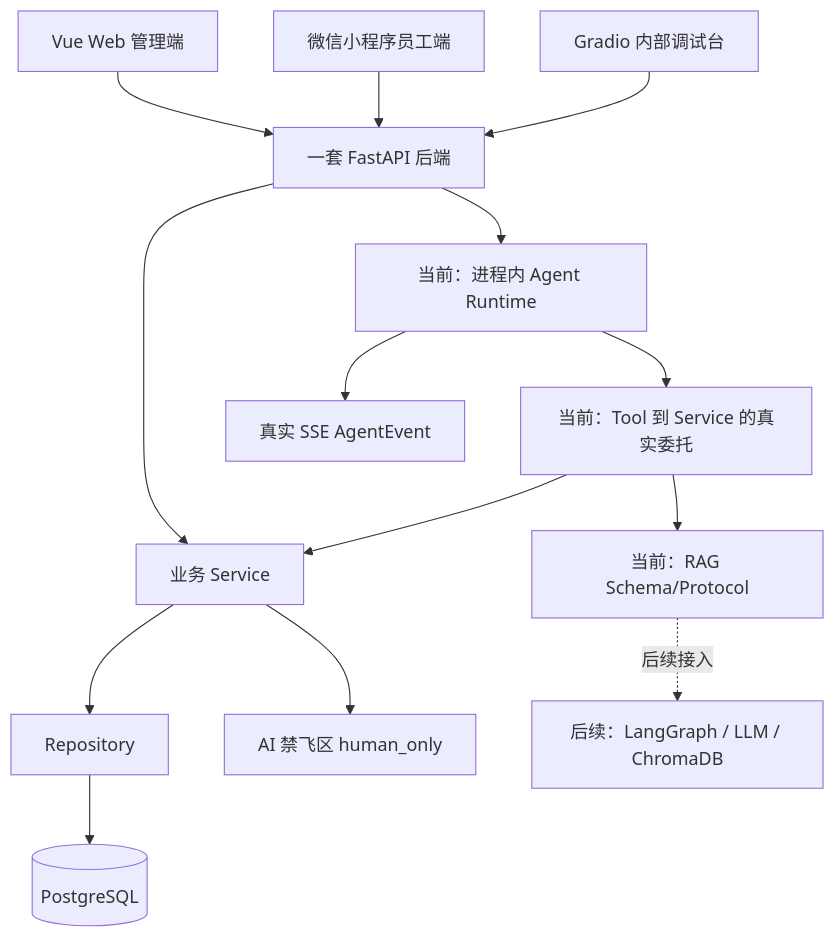
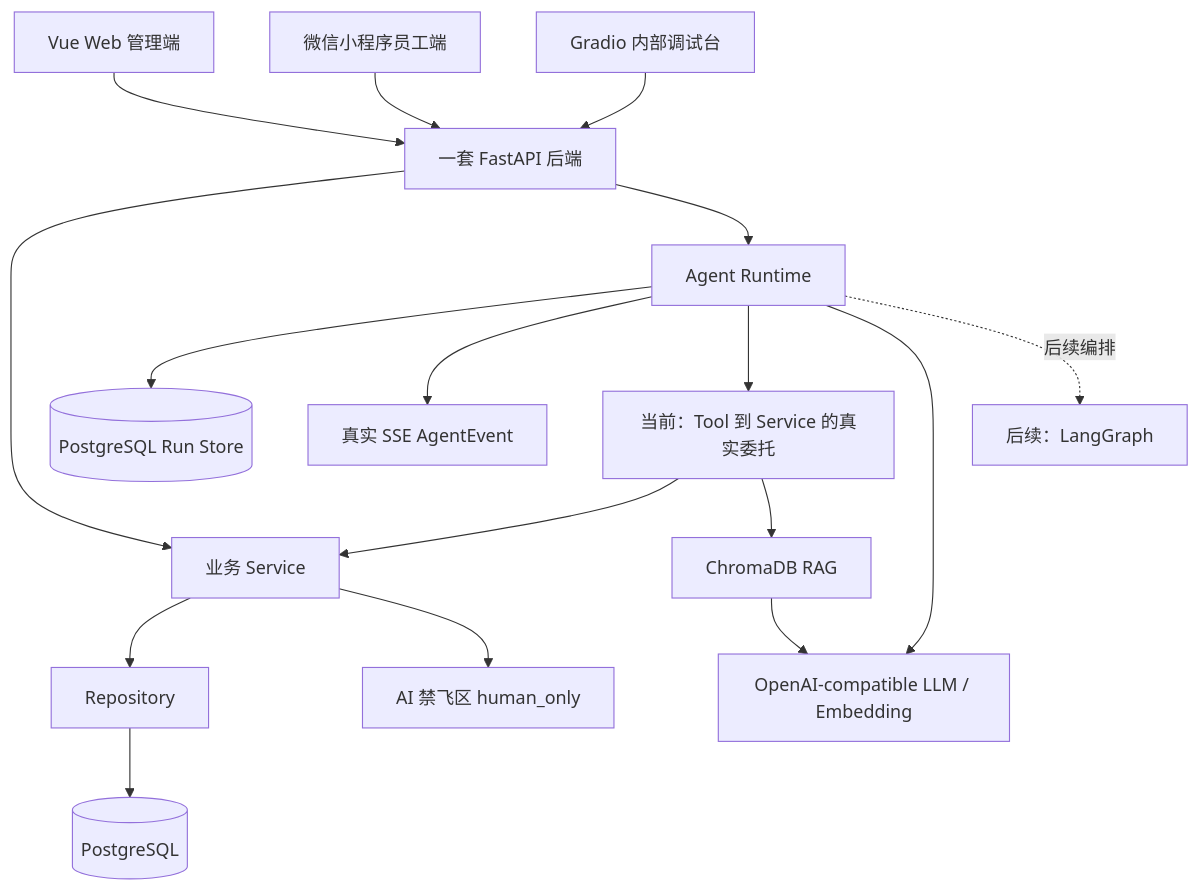
Before and after one commit to shmzl1/workspace-core: the first of 4 diagrams in docs/架构设计.md, drawn with Mermaid. The commit also changed other lines of this file and 26 other files, not shown here.

````diff
--- a/docs/架构设计.md
+++ b/docs/架构设计.md
@@ -14,29 +14,34 @@
 ```mermaid
 flowchart TB
     Web[Vue Web 管理端]
     Mini[微信小程序员工端]
     Gradio[Gradio 内部调试台]
     API[一套 FastAPI 后端]
     Service[业务 Service]
     Repo[Repository]
     PG[(PostgreSQL)]
-    Runtime[当前：进程内 Agent Runtime]
+    Runtime[Agent Runtime]
+    RunStore[(PostgreSQL Run Store)]
     Tool[当前：Tool 到 Service 的真实委托]
-    RAG[当前：RAG Schema/Protocol]
-    Future[后续：LangGraph / LLM / ChromaDB]
+    RAG[ChromaDB RAG]
+    Model[OpenAI-compatible LLM / Embedding]
+    Future[后续：LangGraph]
     Human[AI 禁飞区 human_only]
 
     Web --> API
     Mini --> API
     Gradio --> API
     API --> Service
     Service --> Repo
     Repo --> PG
     API --> Runtime
+    Runtime --> RunStore
     Runtime --> SSE[真实 SSE AgentEvent]
     Runtime --> Tool
     Tool --> Service
     Tool --> RAG
-    RAG -. 后续接入 .-> Future
+    RAG --> Model
+    Runtime --> Model
+    Runtime -. 后续编排 .-> Future
     Service --> Human
 ```
````
